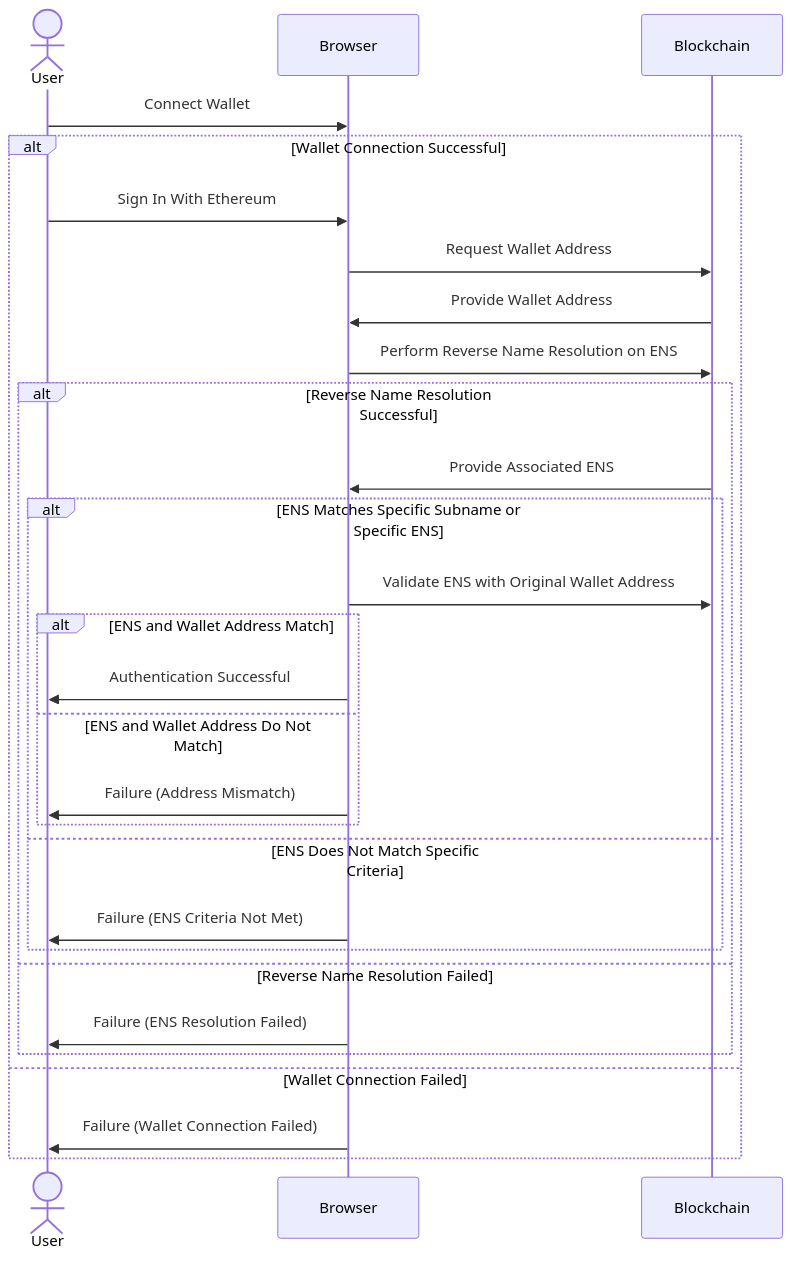
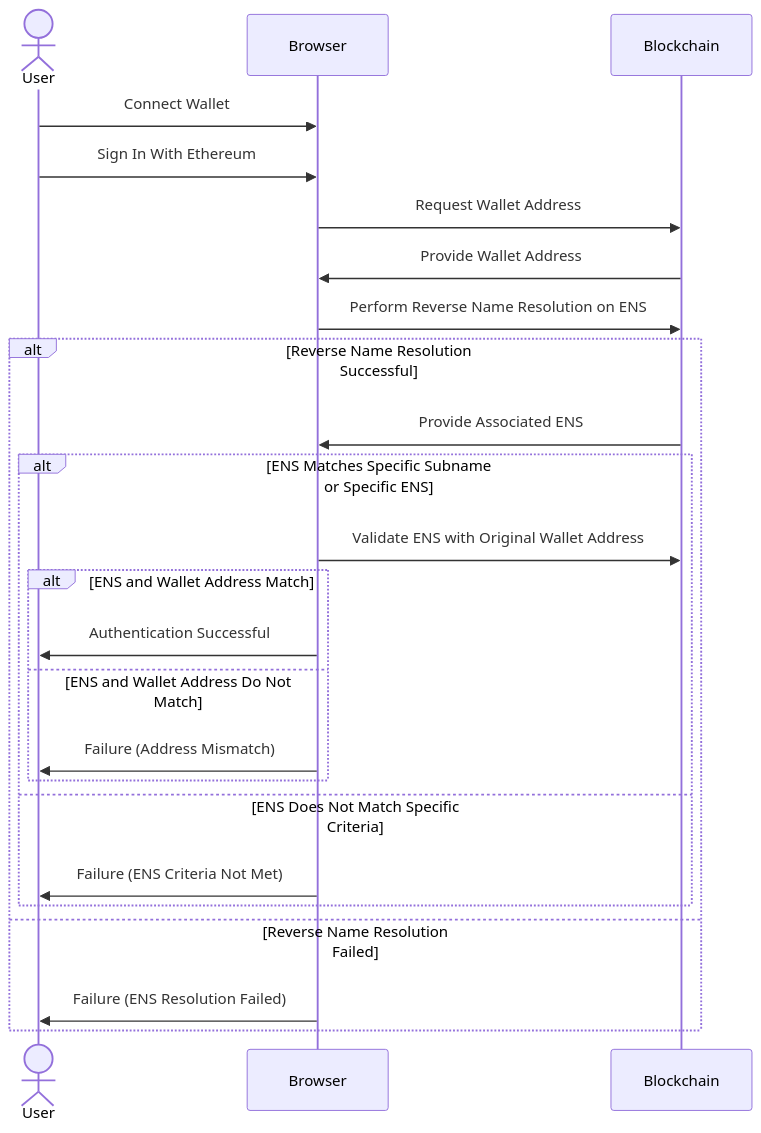
Before and after one commit to yusakuvol/ETH-Drive: the diagram in README.md, drawn with Mermaid.

Commit message:
modify flow

````diff
--- a/README.md
+++ b/README.md
@@ -5,32 +5,28 @@
 ```mermaid
 sequenceDiagram
   actor User as User
   participant Browser as Browser
   participant Blockchain as Blockchain
 
   User->>Browser: Connect Wallet
-  alt Wallet Connection Successful
-    User->>Browser: Sign In With Ethereum
-    Browser->>Blockchain: Request Wallet Address
-    Blockchain->>Browser: Provide Wallet Address
-    Browser->>Blockchain: Perform Reverse Name Resolution on ENS
-    alt Reverse Name Resolution Successful
-        Blockchain->>Browser: Provide Associated ENS
-        alt ENS Matches Specific Subname or Specific ENS
-            Browser->>Blockchain: Validate ENS with Original Wallet Address
-            alt ENS and Wallet Address Match
-                Browser->>User: Authentication Successful
-            else ENS and Wallet Address Do Not Match
-                Browser->>User: Failure (Address Mismatch)
-            end
-        else ENS Does Not Match Specific Criteria
-            Browser->>User: Failure (ENS Criteria Not Met)
-        end
-    else Reverse Name Resolution Failed
-        Browser->>User: Failure (ENS Resolution Failed)
-    end
-  else Wallet Connection Failed
-    Browser->>User: Failure (Wallet Connection Failed)
+  User->>Browser: Sign In With Ethereum
+  Browser->>Blockchain: Request Wallet Address
+  Blockchain->>Browser: Provide Wallet Address
+  Browser->>Blockchain: Perform Reverse Name Resolution on ENS
+  alt Reverse Name Resolution Successful
+      Blockchain->>Browser: Provide Associated ENS
+      alt ENS Matches Specific Subname or Specific ENS
+          Browser->>Blockchain: Validate ENS with Original Wallet Address
+          alt ENS and Wallet Address Match
+              Browser->>User: Authentication Successful
+          else ENS and Wallet Address Do Not Match
+              Browser->>User: Failure (Address Mismatch)
+          end
+      else ENS Does Not Match Specific Criteria
+          Browser->>User: Failure (ENS Criteria Not Met)
+      end
+  else Reverse Name Resolution Failed
+      Browser->>User: Failure (ENS Resolution Failed)
   end
 
 ```
````
